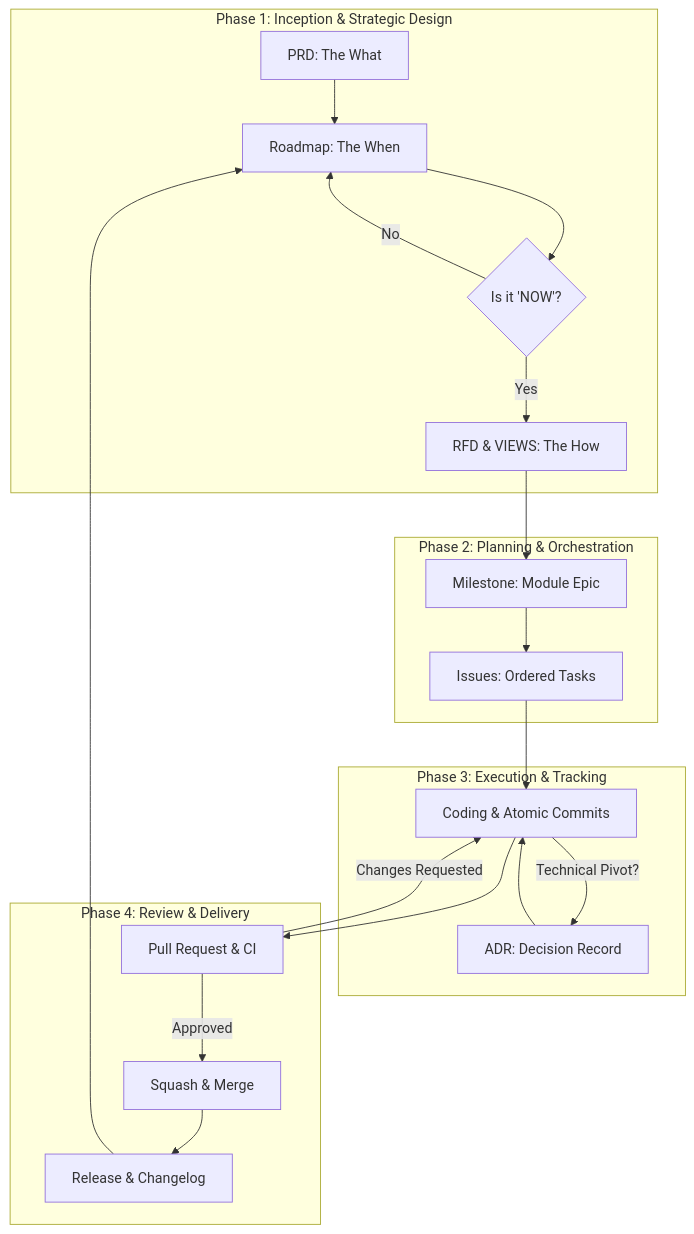
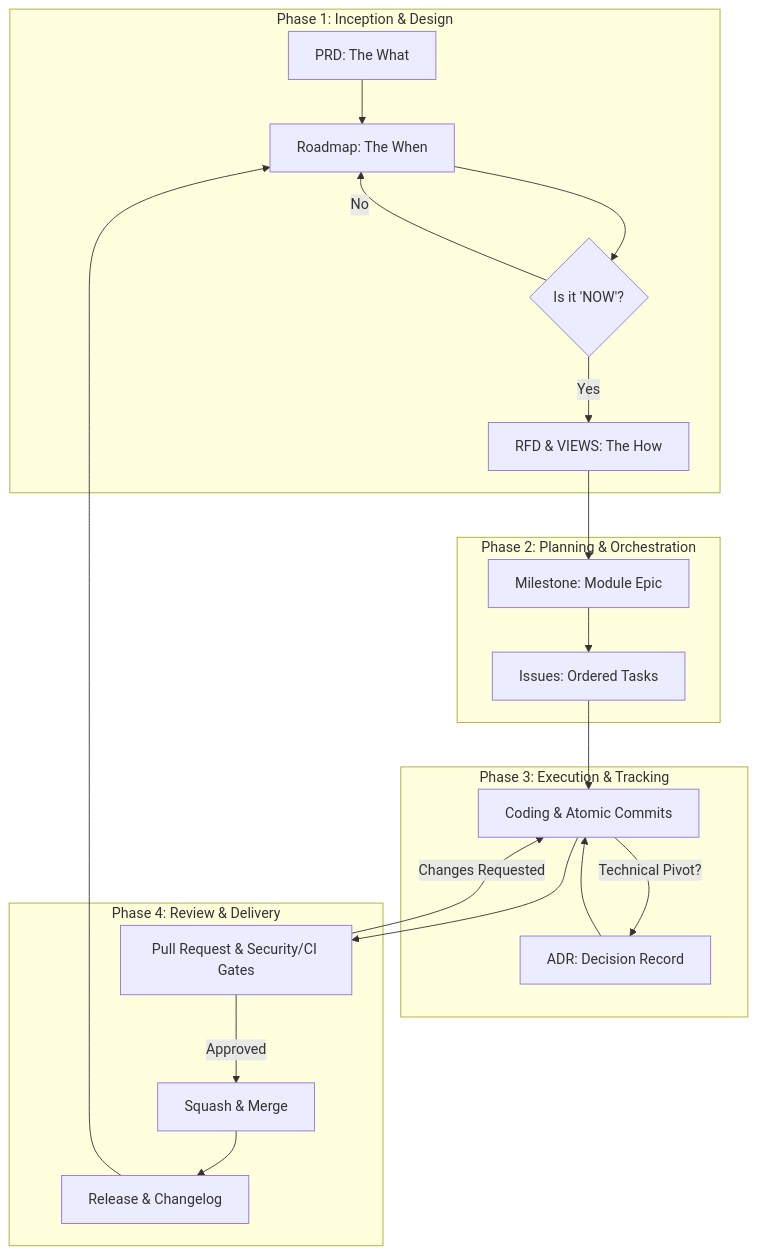
Before and after one commit to joelabreurojas/ssot: the diagram in WORKFLOW/02_lifecycle.md, drawn with Mermaid. The commit also changed other lines of this file and 21 other files, not shown here.

````diff
--- a/WORKFLOW/02_lifecycle.md
+++ b/WORKFLOW/02_lifecycle.md
@@ -9,28 +9,28 @@
 ```mermaid
 graph TD
-  subgraph P1 [Phase 1: Inception & Strategic Design]
+  subgraph P1[Phase 1: Inception & Design]
     PRD[PRD: The What] --> RM[Roadmap: The When]
     RM --> JIT{Is it 'NOW'?}
     JIT -- Yes --> RFD[RFD & VIEWS: The How]
     JIT -- No --> RM
   end
 
-  subgraph P2 [Phase 2: Planning & Orchestration]
+  subgraph P2[Phase 2: Planning & Orchestration]
     RFD --> MS[Milestone: Module Epic]
     MS --> IS[Issues: Ordered Tasks]
   end
 
-  subgraph P3 [Phase 3: Execution & Tracking]
+  subgraph P3[Phase 3: Execution & Tracking]
     IS --> Code[Coding & Atomic Commits]
     Code -- Technical Pivot? --> ADR[ADR: Decision Record]
     ADR --> Code
   end
 
-  subgraph P4 [Phase 4: Review & Delivery]
-    Code --> PR[Pull Request & CI]
+  subgraph P4[Phase 4: Review & Delivery]
+    Code --> PR[Pull Request & Security/CI Gates]
     PR -- Changes Requested --> Code
     PR -- Approved --> Merge[Squash & Merge]
     Merge --> Rel[Release & Changelog]
     Rel --> RM
   end
 ```
````
